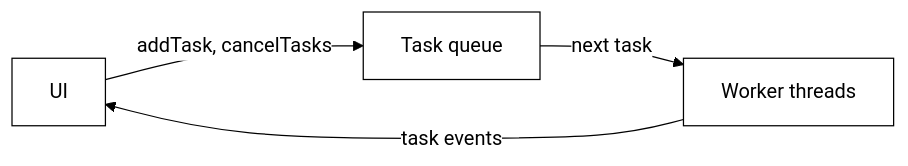
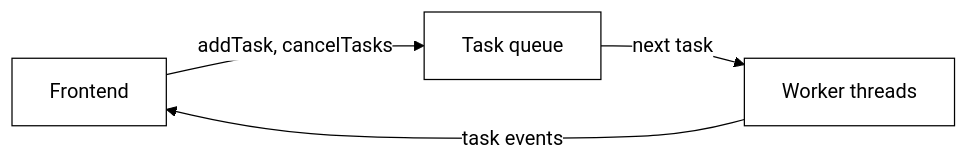
One commit to ashleydavis/ziggy changed the diagram in docs/development/diagrams/task-queue.mmd. Above: the diagram before and after it, drawn with Mermaid. The commit also changed 319 other files, not shown here.

```diff
--- a/docs/development/diagrams/task-queue.mmd
+++ b/docs/development/diagrams/task-queue.mmd
@@ -1,14 +1,14 @@
 %%{init: {"theme": "base", "themeVariables": {"primaryColor": "#ffffff", "primaryTextColor": "#000000", "primaryBorderColor": "#000000", "lineColor": "#000000", "textColor": "#000000", "edgeLabelBackground": "#ffffff"}}}%%
 flowchart LR
-%% How the UI queues tasks and hears back from them. The native app carries every message and event, as in message-bridge.svg,
+%% How the frontend queues tasks and hears back from them. The native app carries every message and event, as in message-bridge.svg,
 %% and is left out. Drawn into task-queue.svg by `bun run diagrams`; see task-queue.md.
 %% Each "label-under" line puts a line of small grey text under a box, which Mermaid itself cannot place:
 %% label-under: Queue = In the core library
 %% label-under: Workers = Run the task handlers
-    UI["UI"]
+    UI["Frontend"]
     Queue["Task queue"]
     Workers["Worker threads"]
 
     UI -->|"addTask, cancelTasks"| Queue
     Queue -->|"next task"| Workers
     Workers -->|"task events"| UI
```
